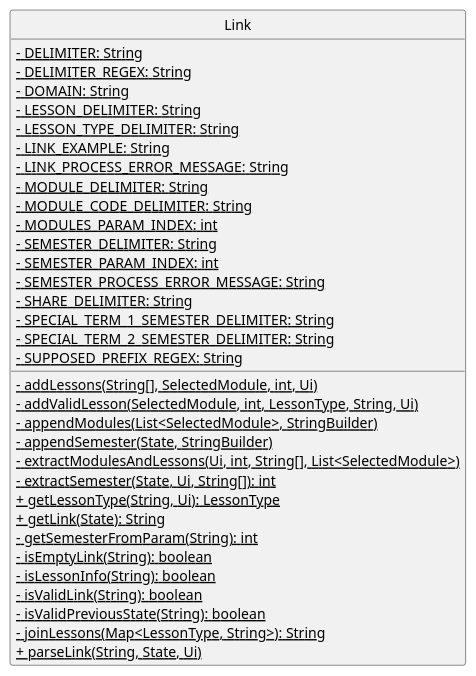
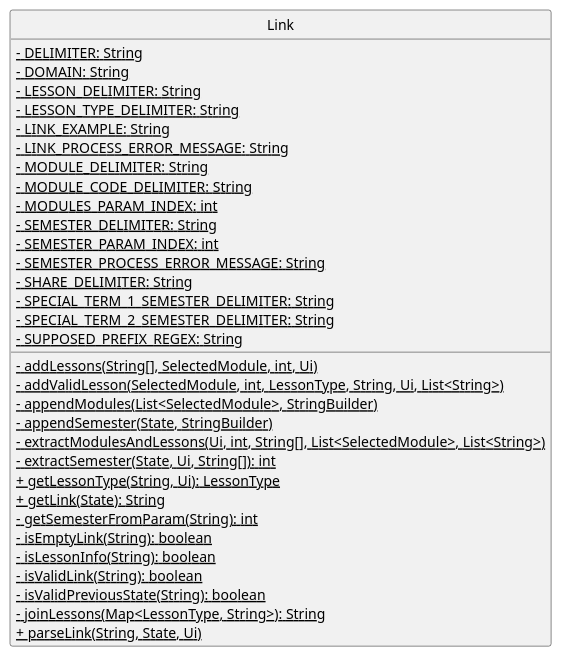
One commit to nus-cs2113-AY2223S1/tp changed the diagram in docs/UMLdiagrams/linkClass.puml. Above: the diagram before and after it, drawn with PlantUML. The commit also changed 7 other files, not shown here.

```diff
--- a/docs/UMLdiagrams/linkClass.puml
+++ b/docs/UMLdiagrams/linkClass.puml
@@ -1,41 +1,40 @@
 @startuml
 'https://plantuml.com/sequence-diagram
 hide circle
 skinparam classAttributeIconSize 0
 
 class Link {
     <u>- DELIMITER: String
-    <u>- DELIMITER_REGEX: String
     <u>- DOMAIN: String
     <u>- LESSON_DELIMITER: String
     <u>- LESSON_TYPE_DELIMITER: String
     <u>- LINK_EXAMPLE: String
     <u>- LINK_PROCESS_ERROR_MESSAGE: String
     <u>- MODULE_DELIMITER: String
     <u>- MODULE_CODE_DELIMITER: String
     <u>- MODULES_PARAM_INDEX: int
     <u>- SEMESTER_DELIMITER: String
     <u>- SEMESTER_PARAM_INDEX: int
     <u>- SEMESTER_PROCESS_ERROR_MESSAGE: String
     <u>- SHARE_DELIMITER: String
     <u>- SPECIAL_TERM_1_SEMESTER_DELIMITER: String
     <u>- SPECIAL_TERM_2_SEMESTER_DELIMITER: String
     <u>- SUPPOSED_PREFIX_REGEX: String
 
     <u>- addLessons(String[], SelectedModule, int, Ui)
-    <u>- addValidLesson(SelectedModule, int, LessonType, String, Ui)
+    <u>- addValidLesson(SelectedModule, int, LessonType, String, Ui, List<String>)
     <u>- appendModules(List<SelectedModule>, StringBuilder)
     <u>- appendSemester(State, StringBuilder)
-    <u>- extractModulesAndLessons(Ui, int, String[], List<SelectedModule>)
+    <u>- extractModulesAndLessons(Ui, int, String[], List<SelectedModule>, List<String>)
     <u>- extractSemester(State, Ui, String[]): int
     <u>+ getLessonType(String, Ui): LessonType
     <u>+ getLink(State): String
     <u>- getSemesterFromParam(String): int
     <u>- isEmptyLink(String): boolean
     <u>- isLessonInfo(String): boolean
     <u>- isValidLink(String): boolean
     <u>- isValidPreviousState(String): boolean
     <u>- joinLessons(Map<LessonType, String>): String
     <u>+ parseLink(String, State, Ui)
 }
 @enduml
```
